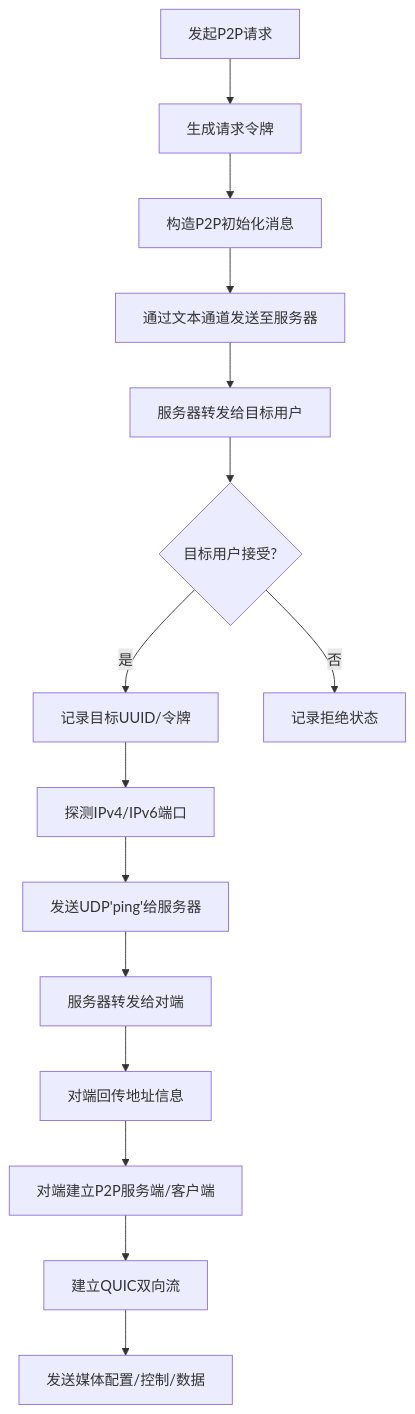
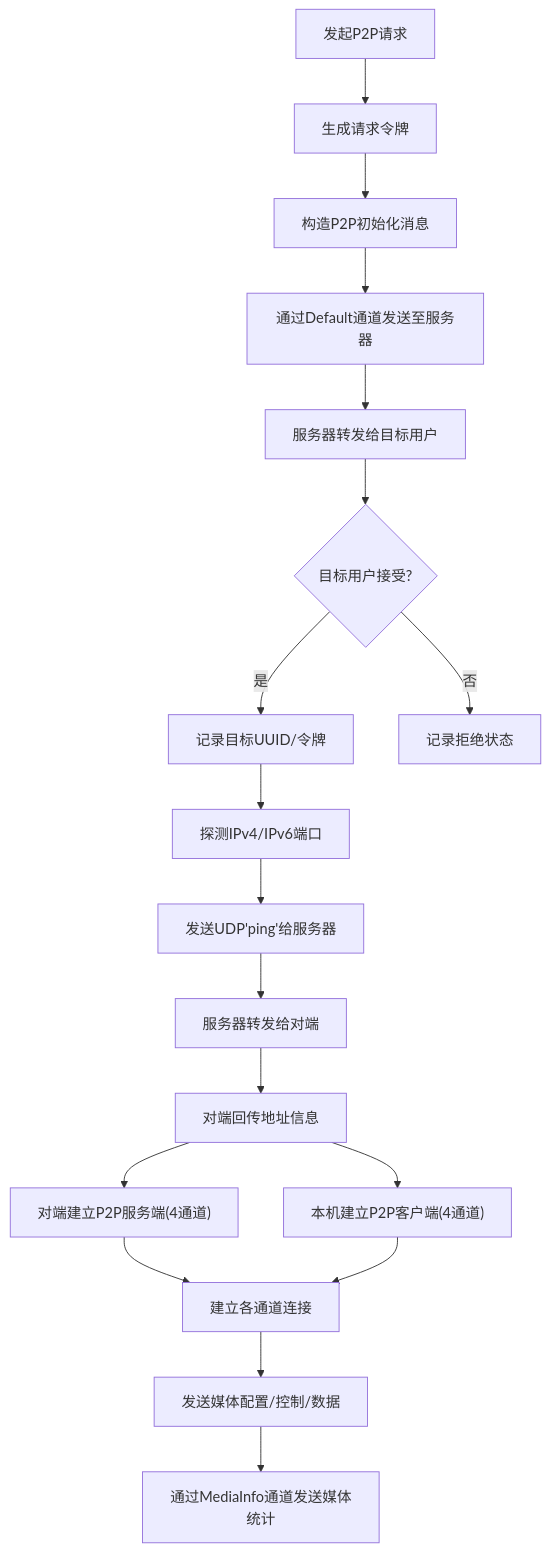
One commit to nicolastinger/only-talk-app changed the eighth of 13 diagrams in .qoder/repowiki/zh/content/后端服务/P2P服务.md. Above: the diagram before and after it, drawn with Mermaid. The commit also changed other lines of this file and 12 other files, not shown here.

````diff
--- a/.qoder/repowiki/zh/content/后端服务/P2P服务.md
+++ b/.qoder/repowiki/zh/content/后端服务/P2P服务.md
@@ -303,17 +378,20 @@
 ```mermaid
 flowchart TD
 A["发起P2P请求"] --> B["生成请求令牌"]
 B --> C["构造P2P初始化消息"]
-C --> D["通过文本通道发送至服务器"]
+C --> D["通过Default通道发送至服务器"]
 D --> E["服务器转发给目标用户"]
 E --> F{"目标用户接受?"}
 F -- 是 --> G["记录目标UUID/令牌"]
 F -- 否 --> H["记录拒绝状态"]
 G --> I["探测IPv4/IPv6端口"]
 I --> J["发送UDP'ping'给服务器"]
 J --> K["服务器转发给对端"]
 K --> L["对端回传地址信息"]
-L --> M["对端建立P2P服务端/客户端"]
-M --> N["建立QUIC双向流"]
-N --> O["发送媒体配置/控制/数据"]
+L --> M["对端建立P2P服务端(4通道)"]
+L --> N["本机建立P2P客户端(4通道)"]
+M --> O["建立各通道连接"]
+N --> O
+O --> P["发送媒体配置/控制/数据"]
+P --> Q["通过MediaInfo通道发送媒体统计"]
 ```
````
